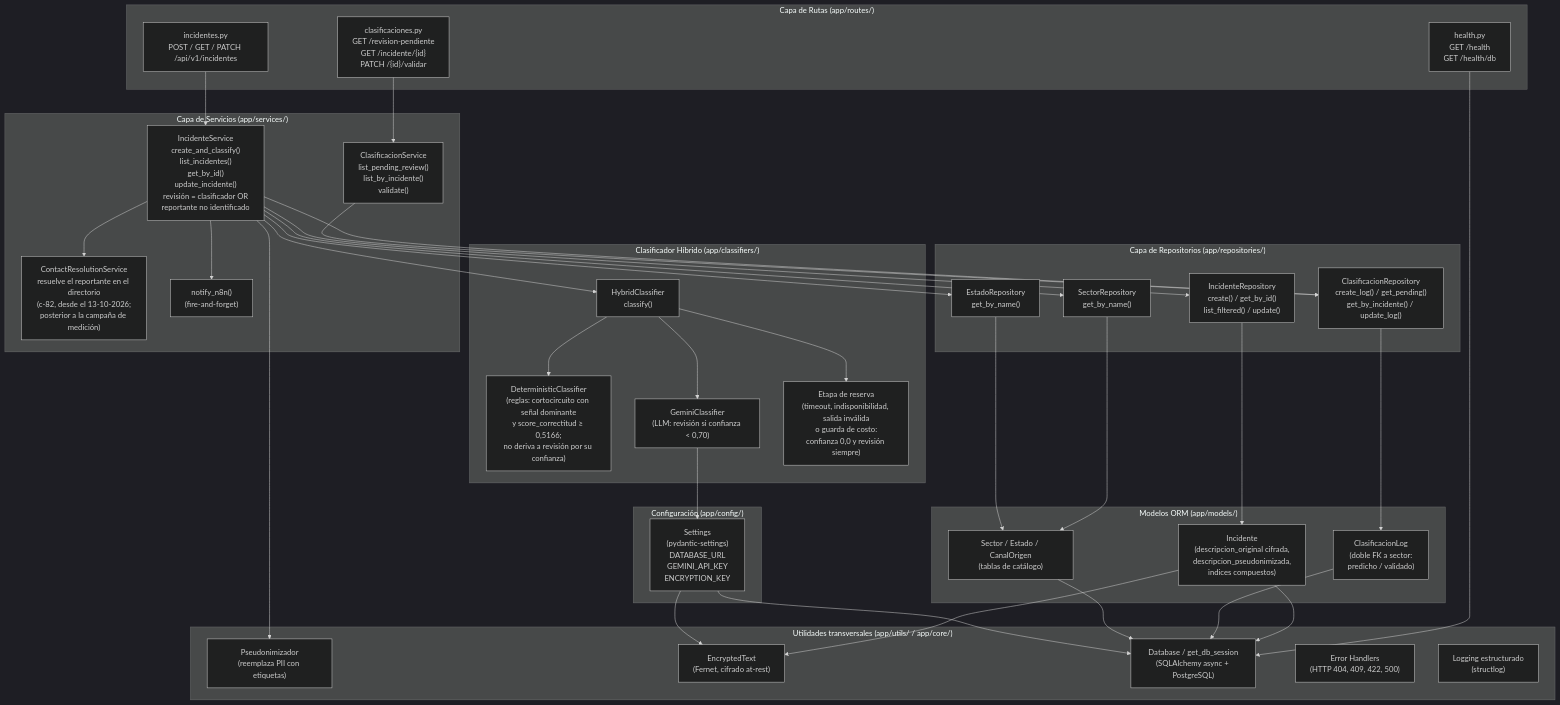
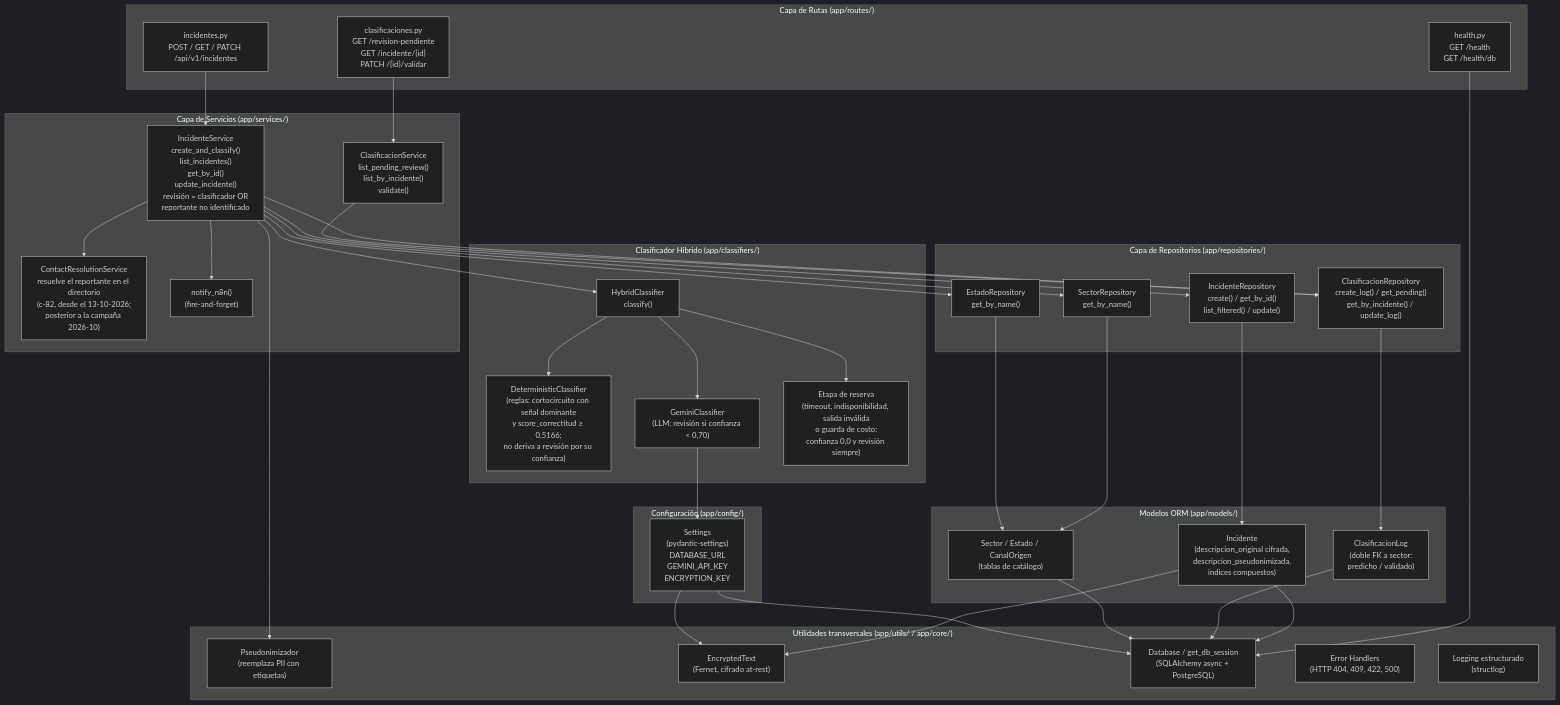
Before and after one commit to lucaGomezB/Automatizacion-de-Mesa-de-Ayuda-N8N: the diagram in docs/diagrams/componentes.md, drawn with Mermaid (dark theme). The commit also changed 40 other files, not shown here.

````diff
--- a/docs/diagrams/componentes.md
+++ b/docs/diagrams/componentes.md
@@ -7,81 +7,81 @@
 ```mermaid
 graph TD
     subgraph Routes["Capa de Rutas (app/routes/)"]
         RI["incidentes.py<br/>POST / GET / PATCH /api/v1/incidentes"]
         RC["clasificaciones.py<br/>GET /revision-pendiente<br/>GET /incidente/{id}<br/>PATCH /{id}/validar"]
         RH["health.py<br/>GET /health<br/>GET /health/db"]
     end
 
     subgraph Services["Capa de Servicios (app/services/)"]
         SI["IncidenteService<br/>create_and_classify()<br/>list_incidentes()<br/>get_by_id()<br/>update_incidente()<br/>revisión = clasificador OR<br/>reportante no identificado"]
-        SCR["ContactResolutionService<br/>resuelve el reportante en el directorio<br/>(c-82, desde el 13-10-2026;<br/>posterior a la campaña de medición)"]
+        SCR["ContactResolutionService<br/>resuelve el reportante en el directorio<br/>(c-82, desde el 13-10-2026;<br/>posterior a la campaña 2026-10)"]
         SC["ClasificacionService<br/>list_pending_review()<br/>list_by_incidente()<br/>validate()"]
         SN["notify_n8n()<br/>(fire-and-forget)"]
     end
 
     subgraph Classifiers["Clasificador Híbrido (app/classifiers/)"]
         CH["HybridClassifier<br/>classify()"]
         CD["DeterministicClassifier<br/>(reglas: cortocircuito con señal dominante<br/>y score_correctitud ≥ 0,5166;<br/>no deriva a revisión por su confianza)"]
         CG["GeminiClassifier<br/>(LLM: revisión si confianza &lt; 0,70)"]
         CR["Etapa de reserva<br/>(timeout, indisponibilidad, salida inválida<br/>o guarda de costo:<br/>confianza 0,0 y revisión siempre)"]
     end
 
     subgraph Repositories["Capa de Repositorios (app/repositories/)"]
         RIR["IncidenteRepository<br/>create() / get_by_id()<br/>list_filtered() / update()"]
         RCR["ClasificacionRepository<br/>create_log() / get_pending()<br/>get_by_incidente() / update_log()"]
         RSR["SectorRepository<br/>get_by_name()"]
         RER["EstadoRepository<br/>get_by_name()"]
     end
 
     subgraph Models["Modelos ORM (app/models/)"]
         MI["Incidente<br/>(descripcion_original cifrada,<br/>descripcion_pseudonimizada,<br/>indices compuestos)"]
         MCL["ClasificacionLog<br/>(doble FK a sector:<br/>predicho / validado)"]
         MS["Sector / Estado / CanalOrigen<br/>(tablas de catálogo)"]
     end
 
     subgraph Utils["Utilidades transversales (app/utils/ / app/core/)"]
         UP["Pseudonimizador<br/>(reemplaza PII con etiquetas)"]
         UE["EncryptedText<br/>(Fernet, cifrado at-rest)"]
         DB["Database / get_db_session<br/>(SQLAlchemy async + PostgreSQL)"]
         ER["Error Handlers<br/>(HTTP 404, 409, 422, 500)"]
         LOG["Logging estructurado<br/>(structlog)"]
     end
 
     subgraph Config["Configuración (app/config/)"]
         SET["Settings<br/>(pydantic-settings)<br/>DATABASE_URL<br/>GEMINI_API_KEY<br/>ENCRYPTION_KEY"]
     end
 
     %% Dependencias entre capas
     RI --> SI
     RC --> SC
     RH --> DB
 
     SI --> RIR
     SI --> RCR
     SI --> RSR
     SI --> RER
     SI --> CH
     SI --> UP
     SI --> SN
     SI --> SCR
 
     SC --> RCR
 
     CH --> CD
     CH --> CG
     CH --> CR
     CG --> SET
 
     RIR --> MI
     RCR --> MCL
     RSR --> MS
     RER --> MS
 
     MI --> UE
     MI --> DB
     MCL --> DB
     MS --> DB
 
     SET --> DB
     SET --> UE
 ```
````
